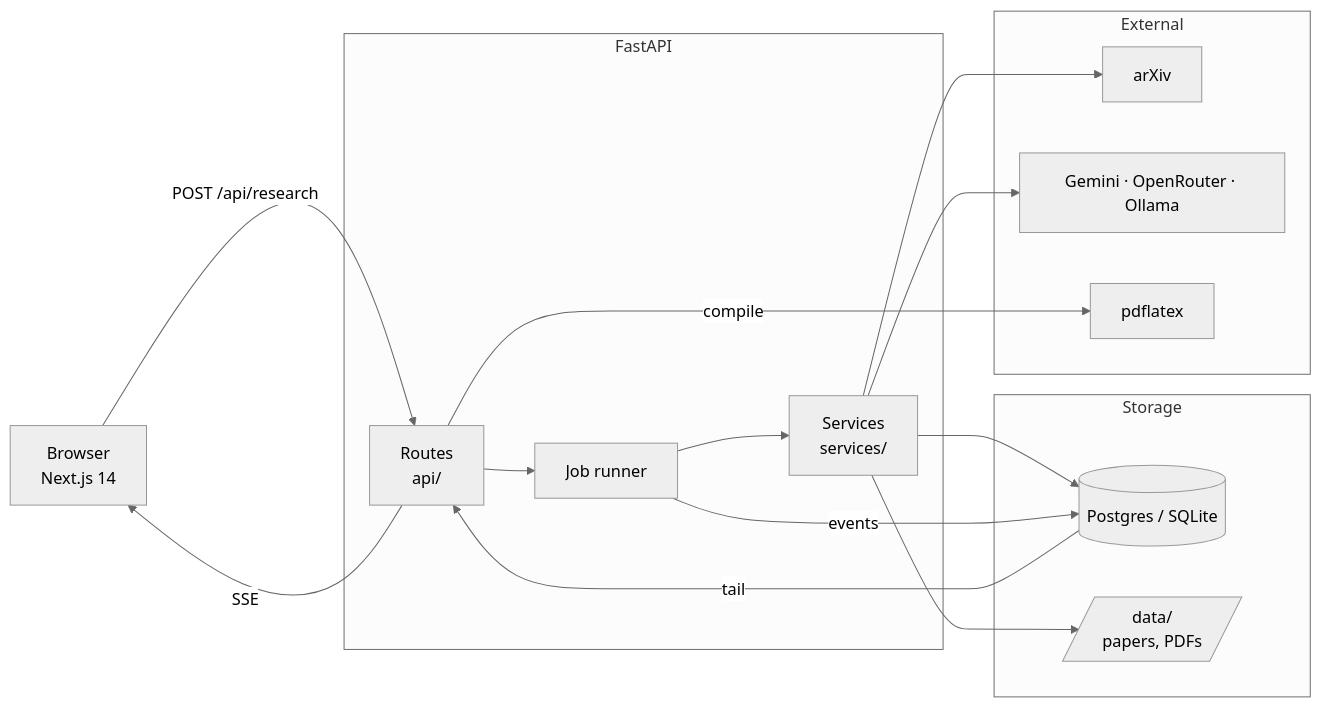
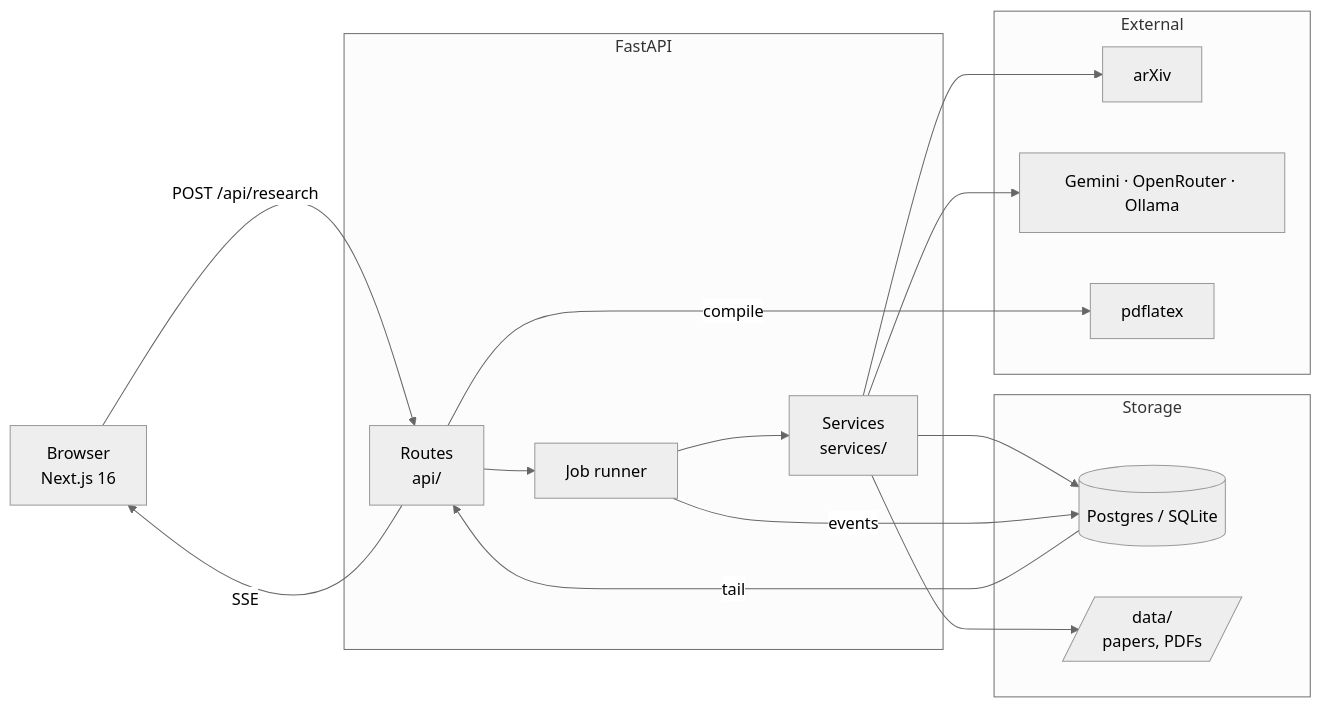
One commit to yarwen0/Research.it changed the first of 2 diagrams in ARCHITECTURE.md. Above: the diagram before and after it, drawn with Mermaid (neutral theme).

Commit message:
docs: correct the frontend version in the architecture diagram

````diff
--- a/ARCHITECTURE.md
+++ b/ARCHITECTURE.md
@@ -8,33 +8,33 @@
 ```mermaid
 flowchart LR
-    B[Browser<br/>Next.js 14]
+    B[Browser<br/>Next.js 16]
 
     subgraph API["FastAPI"]
         R[Routes<br/>api/]
         S[Services<br/>services/]
         J[Job runner]
     end
 
     subgraph Data["Storage"]
         DB[(Postgres / SQLite)]
         FS[/data/<br/>papers, PDFs/]
     end
 
     subgraph Ext["External"]
         AX[arXiv]
         LLM[Gemini · OpenRouter · Ollama]
         TEX[pdflatex]
     end
 
     B -- POST /api/research --> R
     R --> J
     J --> S
     S --> AX
     S --> LLM
     S --> DB
     S --> FS
     J -- events --> DB
     DB -- tail --> R
     R -- SSE --> B
     R -- compile --> TEX
 ```
````
